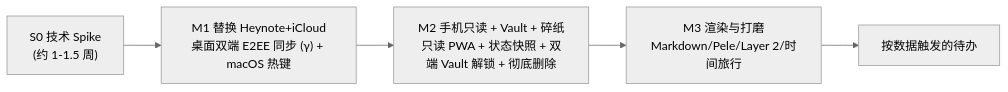
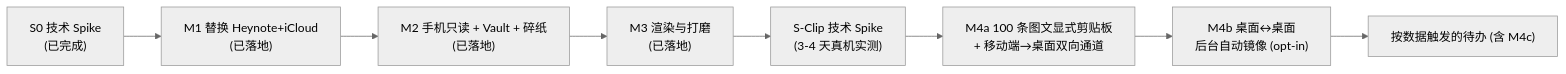
One commit to gray0128/my-note changed the seventh of 7 diagrams in docs/architecture-proposal.md. Above: the diagram before and after it, drawn with Mermaid (neutral theme). The commit also changed other lines of this file and 10 other files, not shown here.

````diff
--- a/docs/architecture-proposal.md
+++ b/docs/architecture-proposal.md
@@ -725,7 +729,10 @@
 ```mermaid
 flowchart LR
-    S0["S0 技术 Spike<br/>(约 1-1.5 周)"] --> M1["M1 替换 Heynote+iCloud<br/>桌面双端 E2EE 同步 (γ) + macOS 热键"]
-    M1 --> M2["M2 手机只读 + Vault + 碎纸<br/>只读 PWA + 状态快照 + 双端 Vault 解锁 + 彻底删除"]
-    M2 --> M3["M3 渲染与打磨<br/>Markdown/Pele/Layer 2/时间旅行"]
-    M3 --> T["按数据触发的待办"]
+    S0["S0 技术 Spike<br/>(已完成)"] --> M1["M1 替换 Heynote+iCloud<br/>(已落地)"]
+    M1 --> M2["M2 手机只读 + Vault + 碎纸<br/>(已落地)"]
+    M2 --> M3["M3 渲染与打磨<br/>(已落地)"]
+    M3 --> SC["S-Clip 技术 Spike<br/>(3-4 天真机实测)"]
+    SC --> M4a["M4a 100 条图文显式剪贴板<br/>+ 移动端→桌面双向通道"]
+    M4a --> M4b["M4b 桌面↔桌面<br/>后台自动镜像 (opt-in)"]
+    M4b --> T["按数据触发的待办 (含 M4c)"]
 ```
````
